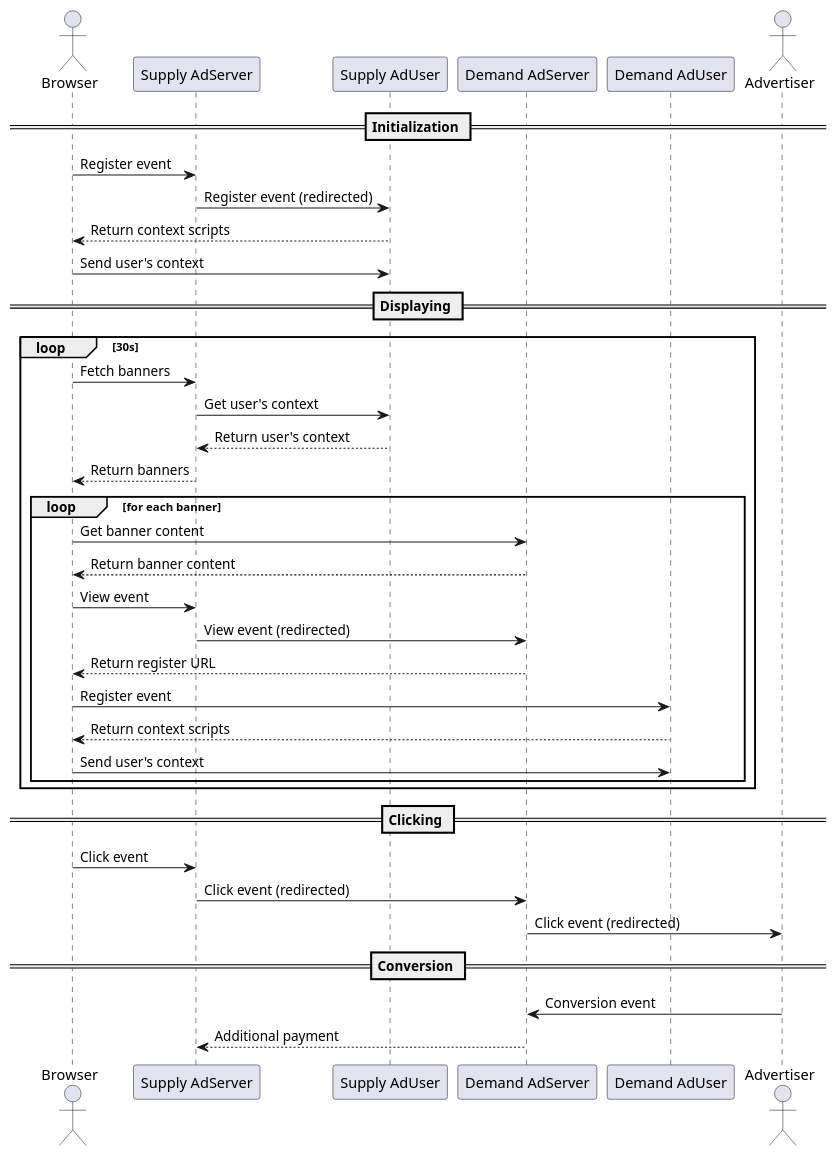
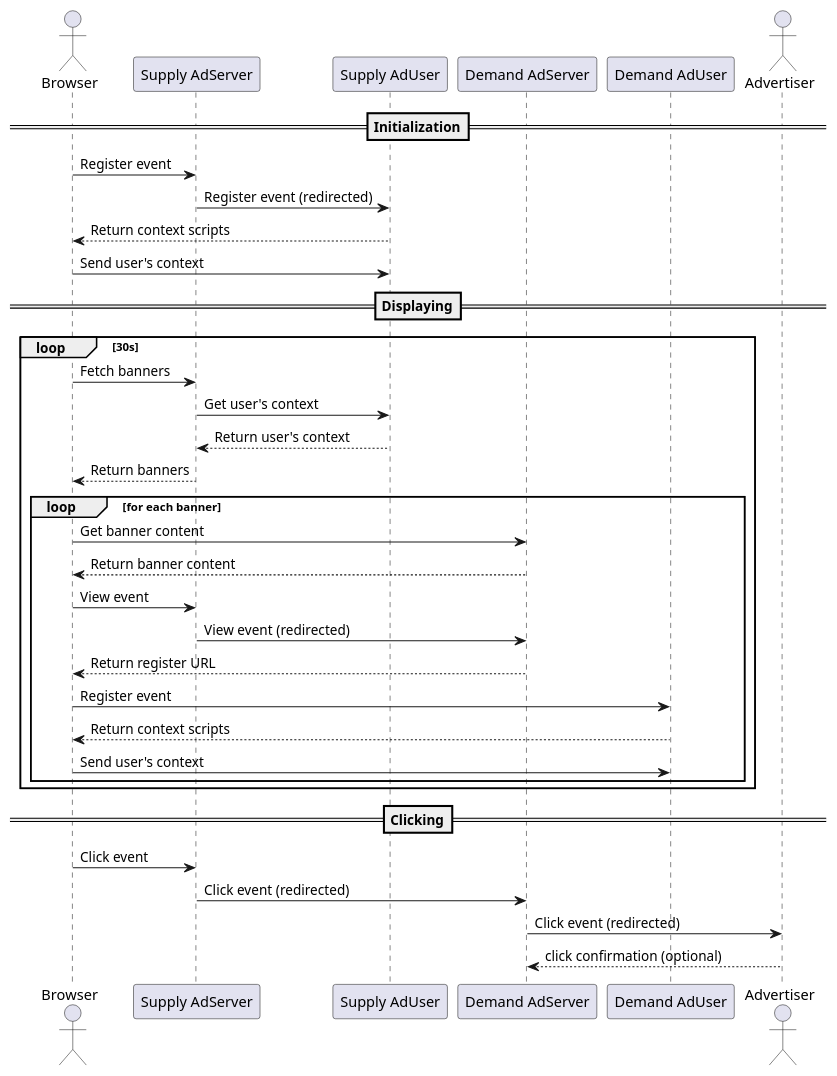
The diagram in protocol/displaying_ads.rst (adshares/adshares-docs), drawn with PlantUML before and after one commit. The commit also changed 1 other file, not shown here.

Commit message:
Events flow

```diff
--- a/protocol/displaying_ads.rst
+++ b/protocol/displaying_ads.rst
@@ -11,51 +11,47 @@
 .. uml::
 
     skinparam defaultFontName "Segoe UI,Arial,sans-serif"
     skinparam shadowing false
     skinparam monochrome false
 
     actor       "Browser"           as browser
     participant "Supply AdServer"   as supplyServer
     participant "Supply AdUser"     as supplyUser
     participant "Demand AdServer"   as demandServer
     participant "Demand AdUser"     as demandUser
     actor       "Advertiser"        as advertiser
 
-    == Initialization ==
+    ==Initialization==
 
     browser -> supplyServer : Register event
     supplyServer -> supplyUser : Register event (redirected)
     supplyUser --> browser: Return context scripts
     browser -> supplyUser: Send user's context
 
-    == Displaying ==
+    ==Displaying==
 
     loop 30s
         browser -> supplyServer : Fetch banners
         supplyServer -> supplyUser : Get user's context
         supplyUser --> supplyServer : Return user's context
         supplyServer --> browser : Return banners
 
         loop for each banner
             browser -> demandServer : Get banner content
             demandServer --> browser : Return banner content
 
             browser -> supplyServer : View event
             supplyServer -> demandServer: View event (redirected)
             demandServer --> browser: Return register URL
             browser -> demandUser : Register event
             demandUser --> browser: Return context scripts
             browser -> demandUser: Send user's context
         end
     end
 
-    == Clicking ==
+    ==Clicking==
 
     browser -> supplyServer : Click event
     supplyServer -> demandServer : Click event (redirected)
     demandServer -> advertiser : Click event (redirected)
-
-    == Conversion ==
-
-    advertiser -> demandServer : Conversion event
-    demandServer --> supplyServer: Additional payment
+    advertiser --> demandServer: click confirmation (optional)
```
